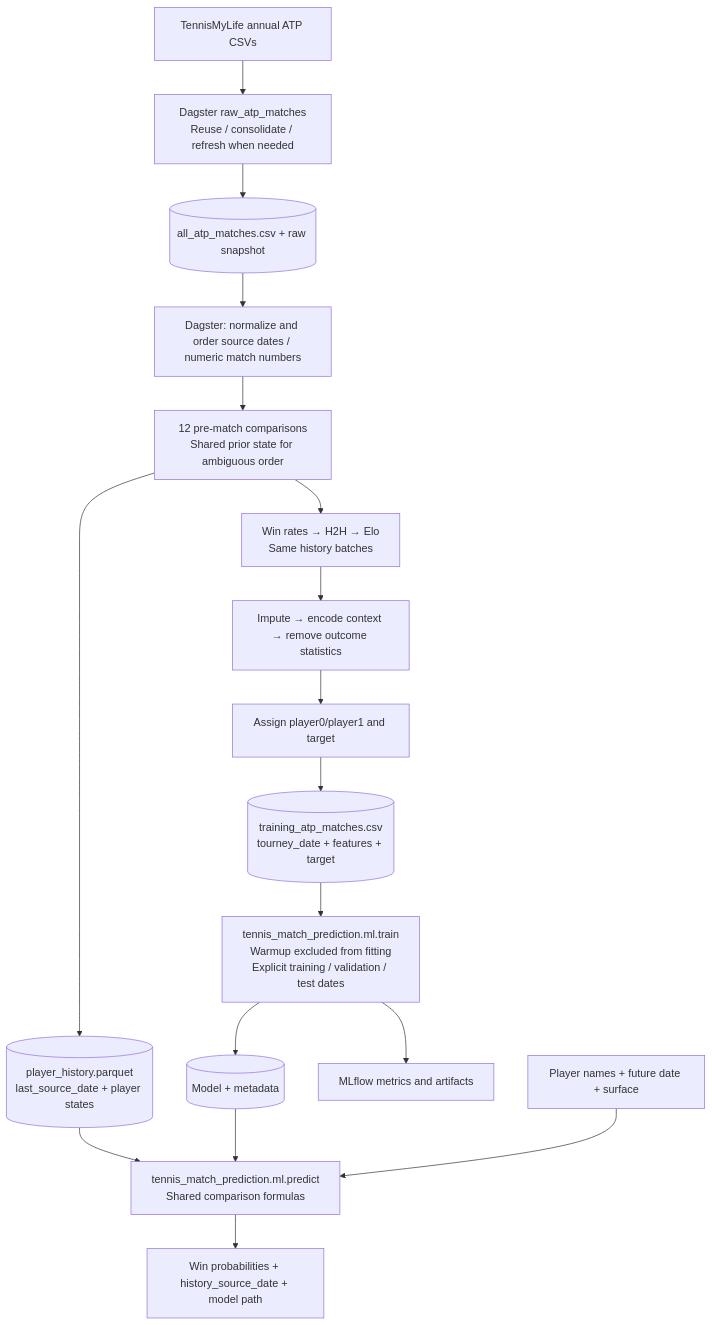
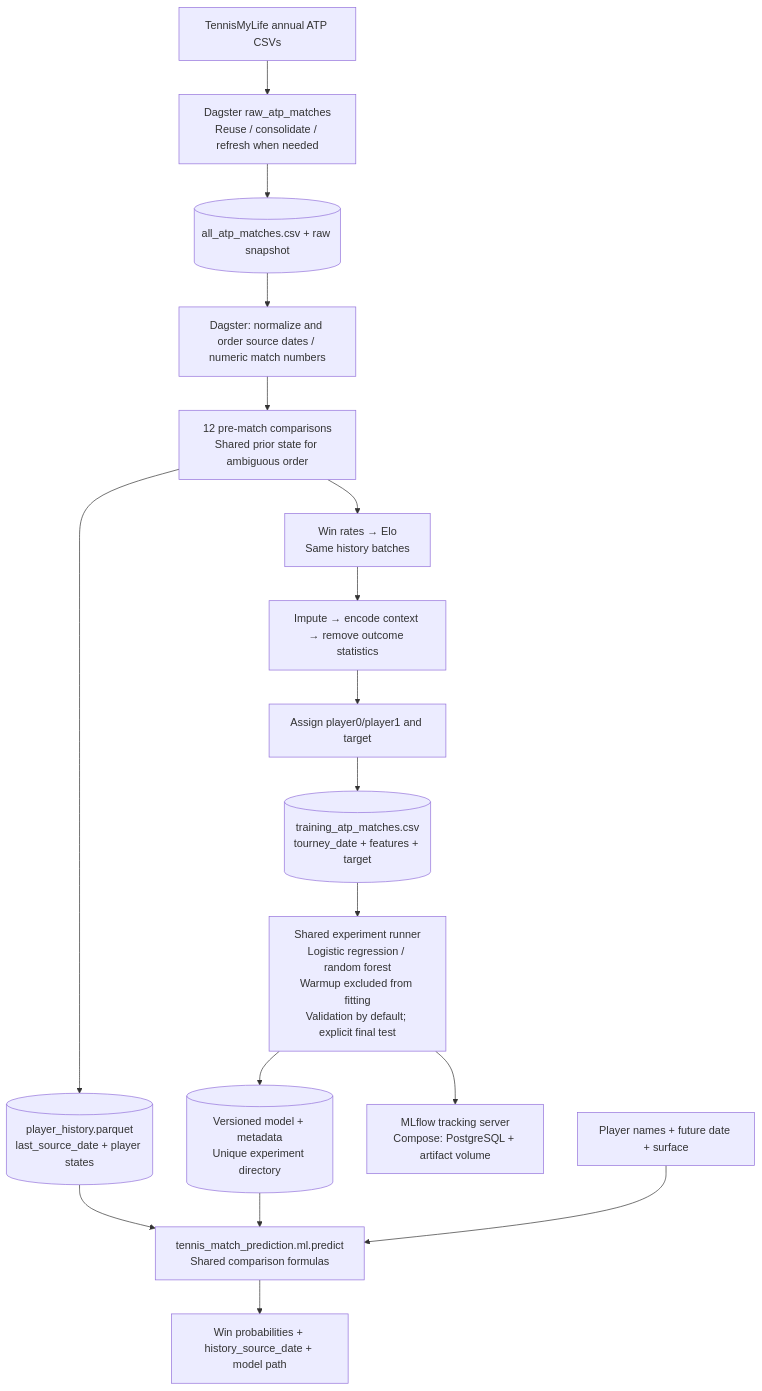
One commit to davialmeida135/tennis-match-prediction changed the diagram in docs/project-diagram.md. Above: the diagram before and after it, drawn with Mermaid. The commit also changed 28 other files, not shown here.

````diff
--- a/docs/project-diagram.md
+++ b/docs/project-diagram.md
@@ -3,19 +3,19 @@
 ```mermaid
 flowchart TB
     source["TennisMyLife annual ATP CSVs"] --> refresh["Dagster raw_atp_matches<br/>Reuse / consolidate / refresh when needed"]
     refresh --> raw[("all_atp_matches.csv + raw snapshot")]
     raw --> normalize["Dagster: normalize and order source dates / numeric match numbers"]
     normalize --> comparisons["12 pre-match comparisons<br/>Shared prior state for ambiguous order"]
     comparisons --> history[("player_history.parquet<br/>last_source_date + player states")]
-    comparisons --> extras["Win rates → H2H → Elo<br/>Same history batches"]
+    comparisons --> extras["Win rates → Elo<br/>Same history batches"]
     extras --> curate["Impute → encode context → remove outcome statistics"]
     curate --> rows["Assign player0/player1 and target"]
     rows --> training[("training_atp_matches.csv<br/>tourney_date + features + target")]
-    training --> train["tennis_match_prediction.ml.train<br/>Warmup excluded from fitting<br/>Explicit training / validation / test dates"]
-    train --> model[("Model + metadata")]
-    train --> tracking["MLflow metrics and artifacts"]
+    training --> train["Shared experiment runner<br/>Logistic regression / random forest<br/>Warmup excluded from fitting<br/>Validation by default; explicit final test"]
+    train --> model[("Versioned model + metadata<br/>Unique experiment directory")]
+    train --> tracking["MLflow tracking server<br/>Compose: PostgreSQL + artifact volume"]
     history --> predict["tennis_match_prediction.ml.predict<br/>Shared comparison formulas"]
     model --> predict
     request["Player names + future date + surface"] --> predict
     predict --> output["Win probabilities + history_source_date + model path"]
 ```
````
